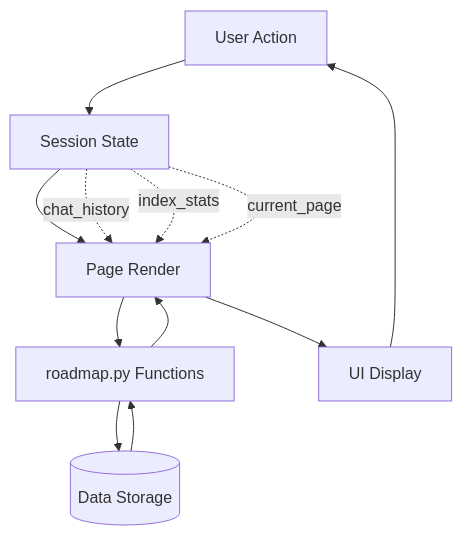
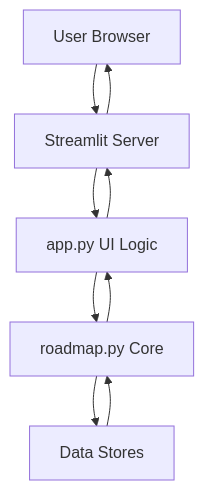
One commit to HumanFirstAi/roadmap-synth changed the sixth of 11 diagrams in ARCHITECTURE_REVIEW.md. Above: the diagram before and after it, drawn with Mermaid. The commit also changed other lines of this file and 11 other files, not shown here.

First line of the commit message:
Add expanded test suite and update architecture documentation

````diff
--- a/ARCHITECTURE_REVIEW.md
+++ b/ARCHITECTURE_REVIEW.md
@@ -552,15 +404,11 @@
 ```mermaid
 flowchart TB
-    User[User Action] --> Session[Session State]
-    Session --> Page[Page Render]
-    Page --> Backend[roadmap.py Functions]
-    Backend --> Storage[(Data Storage)]
-    Storage --> Backend
-    Backend --> Page
-    Page --> Display[UI Display]
-    Display --> User
-
-    Session -.chat_history.-> Page
-    Session -.index_stats.-> Page
-    Session -.current_page.-> Page
+    USER[User Browser] --> STREAMLIT[Streamlit Server]
+    STREAMLIT --> APP[app.py UI Logic]
+    APP --> ROADMAP[roadmap.py Core]
+    ROADMAP --> DATA[Data Stores]
+    DATA --> ROADMAP
+    ROADMAP --> APP
+    APP --> STREAMLIT
+    STREAMLIT --> USER
 ```
````
